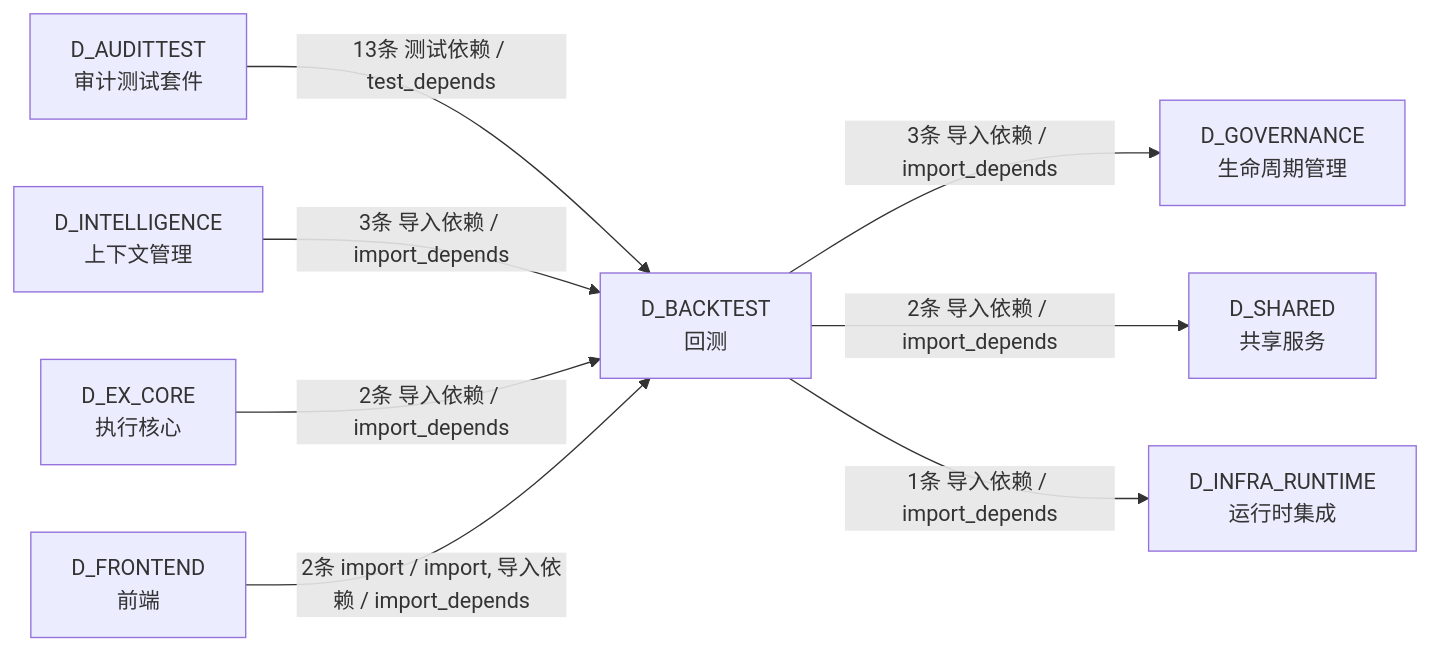
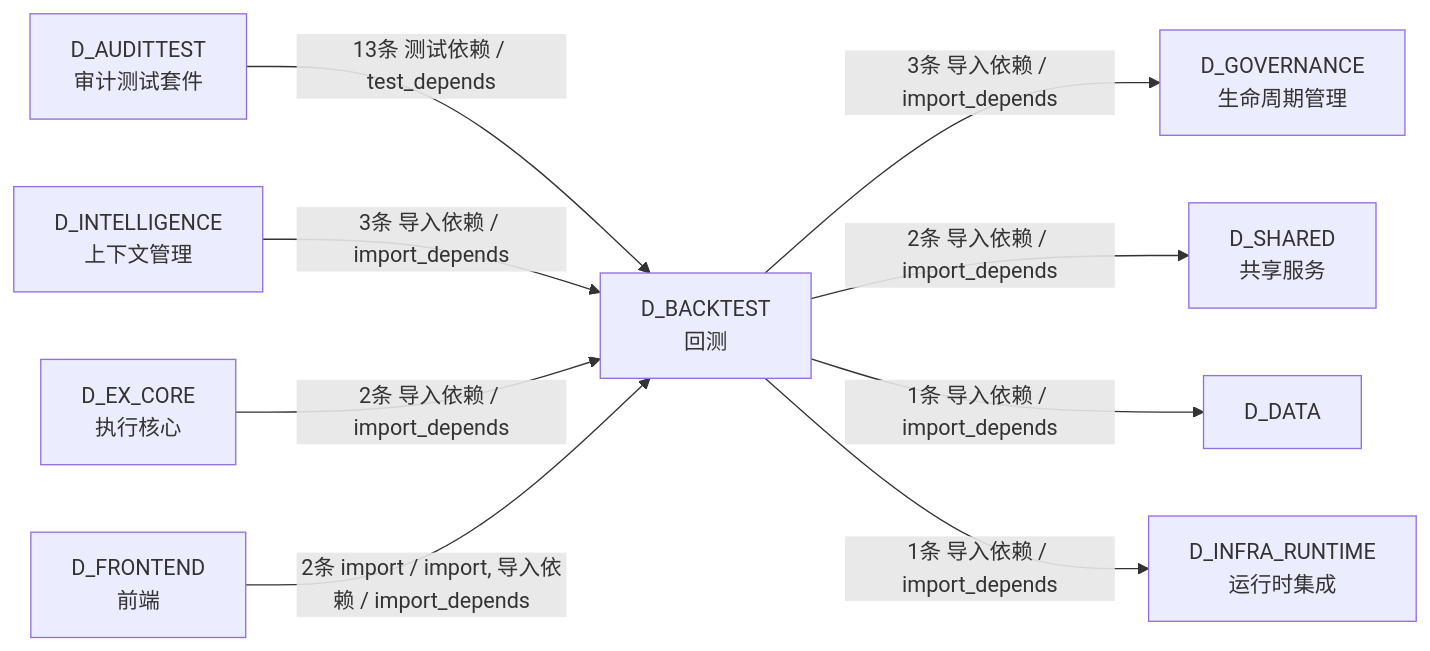
The sixth of 6 diagrams in docs/02_enterprise_architecture/02_domain_architecture_docs/30_d_backtest.md (xuanFelixVan/ZephyrAlpha), drawn with Mermaid before and after one commit. The commit also changed other lines of this file and 126 other files, not shown here.

````diff
--- a/docs/02_enterprise_architecture/02_domain_architecture_docs/30_d_backtest.md
+++ b/docs/02_enterprise_architecture/02_domain_architecture_docs/30_d_backtest.md
@@ -415,18 +420,20 @@
 ```mermaid
 graph LR
     D_BACKTEST["D_BACKTEST<br/>回测"]
     D_GOVERNANCE["D_GOVERNANCE<br/>生命周期管理"]
     D_SHARED["D_SHARED<br/>共享服务"]
+    D_DATA["D_DATA"]
     D_INFRA_RUNTIME["D_INFRA_RUNTIME<br/>运行时集成"]
     D_AUDITTEST["D_AUDITTEST<br/>审计测试套件"]
     D_INTELLIGENCE["D_INTELLIGENCE<br/>上下文管理"]
     D_EX_CORE["D_EX_CORE<br/>执行核心"]
     D_FRONTEND["D_FRONTEND<br/>前端"]
     D_BACKTEST -->|3条 导入依赖 / import_depends| D_GOVERNANCE
     D_BACKTEST -->|2条 导入依赖 / import_depends| D_SHARED
+    D_BACKTEST -->|1条 导入依赖 / import_depends| D_DATA
     D_BACKTEST -->|1条 导入依赖 / import_depends| D_INFRA_RUNTIME
     D_AUDITTEST -->|13条 测试依赖 / test_depends| D_BACKTEST
     D_INTELLIGENCE -->|3条 导入依赖 / import_depends| D_BACKTEST
     D_EX_CORE -->|2条 导入依赖 / import_depends| D_BACKTEST
     D_FRONTEND -->|2条 import / import, 导入依赖 / import_depends| D_BACKTEST
 ```
````
